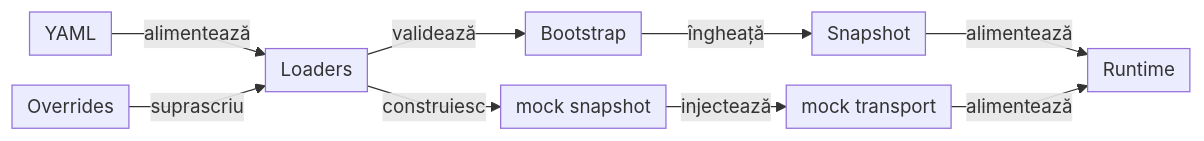
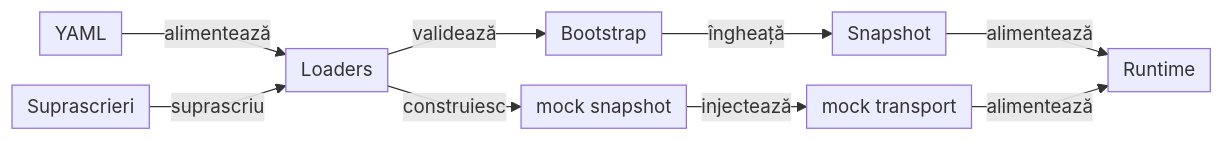
One commit to crististefanita/atf_j0 changed the eighth of 12 diagrams in docs/ATF_Architecture.md. Above: the diagram before and after it, drawn with Mermaid. The commit also changed other lines of this file and 113 other files, not shown here.

````diff
--- a/docs/ATF_Architecture.md
+++ b/docs/ATF_Architecture.md
@@ -523,12 +493,12 @@
 ```mermaid
 %%{init: {"themeVariables":{"fontSize":"15px"},"themeCSS":".nodeLabel, .nodeLabel p { font-size: 15px !important; line-height: 1.35 !important; } .edgeLabel, .edgeLabel p { font-size: 12px !important; font-weight: 400 !important; line-height: 1.2 !important; } .edgeLabel .labelBkg, .edgeLabel p { background: transparent !important; } .edgeLabel foreignObject { transform: translateY(-18px); overflow: visible; } .node rect { rx: 6px; ry: 6px; }","flowchart":{"curve":"linear","nodeSpacing":24,"rankSpacing":24,"padding":6,"diagramPadding":20}}}%%
 flowchart LR
     Sources["YAML"] -->|alimentează| Loaders["Loaders"]
-    Overrides["Overrides"] -->|suprascriu| Loaders
+    Overrides["Suprascrieri"] -->|suprascriu| Loaders
     Loaders -->|validează| Bootstrap["Bootstrap"]
     Bootstrap -->|îngheață| Snapshot["Snapshot"]
     Snapshot -->|alimentează| Runtime["Runtime"]
     Loaders -->|construiesc| Mock["mock snapshot"]
     Mock -->|injectează| Transport["mock transport"]
     Transport -->|alimentează| Runtime
 ```
````
